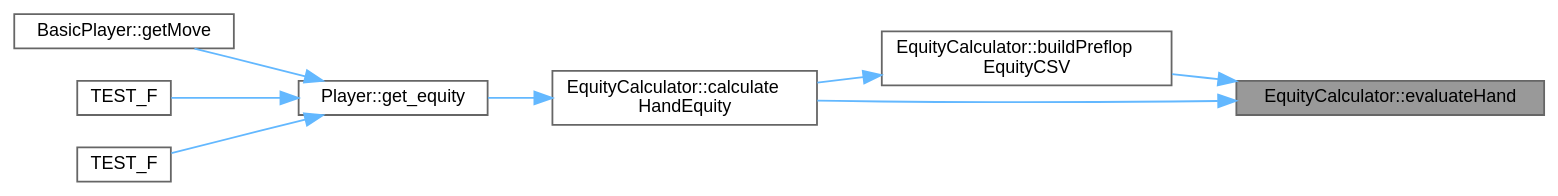
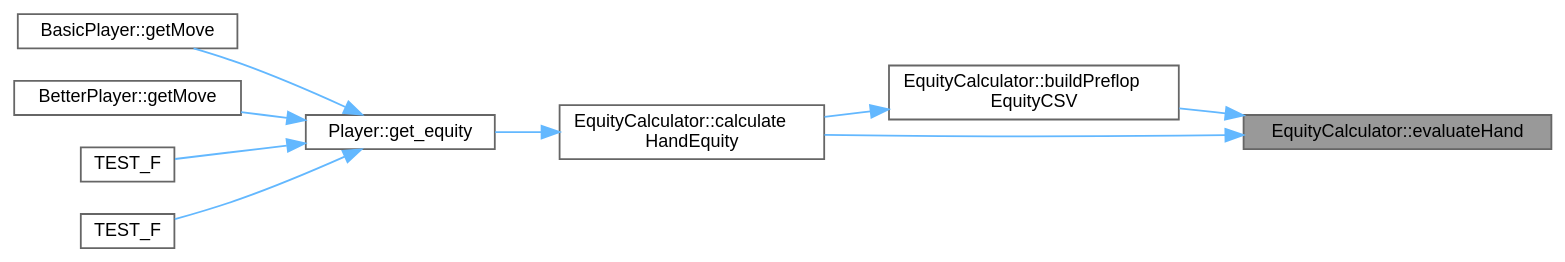
Before and after one commit to jesstyrrell/cosc345: the diagram in class_equity_calculator_af315dfcb578ab5889dab4bc970b1d597_icgraph.dot, drawn with Graphviz. The commit also changed 174 other files, not shown here.

```diff
--- a/class_equity_calculator_af315dfcb578ab5889dab4bc970b1d597_icgraph.dot
+++ b/class_equity_calculator_af315dfcb578ab5889dab4bc970b1d597_icgraph.dot
@@ -1,23 +1,25 @@
 digraph "EquityCalculator::evaluateHand"
 {
  // INTERACTIVE_SVG=YES
  // LATEX_PDF_SIZE
   bgcolor="transparent";
   edge [fontname=Helvetica,fontsize=10,labelfontname=Helvetica,labelfontsize=10];
   node [fontname=Helvetica,fontsize=10,shape=box,height=0.2,width=0.4];
   rankdir="RL";
   Node1 [id="Node000001",label="EquityCalculator::evaluateHand",height=0.2,width=0.4,color="gray40", fillcolor="grey60", style="filled", fontcolor="black",tooltip=" "];
   Node1 -> Node2 [id="edge1_Node000001_Node000002",dir="back",color="steelblue1",style="solid",tooltip=" "];
   Node2 [id="Node000002",label="EquityCalculator::buildPreflop\lEquityCSV",height=0.2,width=0.4,color="grey40", fillcolor="white", style="filled",URL="$class_equity_calculator.html#a5e6d58769d8554960b7434bef984cb28",tooltip=" "];
   Node2 -> Node3 [id="edge2_Node000002_Node000003",dir="back",color="steelblue1",style="solid",tooltip=" "];
   Node3 [id="Node000003",label="EquityCalculator::calculate\lHandEquity",height=0.2,width=0.4,color="grey40", fillcolor="white", style="filled",URL="$class_equity_calculator.html#a7538b1a4d83a396d16dc0673cb3eb619",tooltip="Evaluates the equity of a hand against multiple opponents."];
   Node3 -> Node4 [id="edge3_Node000003_Node000004",dir="back",color="steelblue1",style="solid",tooltip=" "];
   Node4 [id="Node000004",label="Player::get_equity",height=0.2,width=0.4,color="grey40", fillcolor="white", style="filled",URL="$class_player.html#ac40b5f5383aa1b6146a39c74f08254ad",tooltip="Returns the equity of the players hand for the current stage of the game."];
   Node4 -> Node5 [id="edge4_Node000004_Node000005",dir="back",color="steelblue1",style="solid",tooltip=" "];
-  Node5 [id="Node000005",label="BasicPlayer::getMove",height=0.2,width=0.4,color="grey40", fillcolor="white", style="filled",URL="$class_basic_player.html#ab77fd6eb15d997d705eb1f750b3ebd52",tooltip="Gets the player's move during their turn."];
+  Node5 [id="Node000005",label="BasicPlayer::getMove",height=0.2,width=0.4,color="grey40", fillcolor="white", style="filled",URL="$class_basic_player.html#a9c6ca42bec1e9936d98e9c210f6f08c4",tooltip="Gets the player's move during their turn."];
   Node4 -> Node6 [id="edge5_Node000004_Node000006",dir="back",color="steelblue1",style="solid",tooltip=" "];
-  Node6 [id="Node000006",label="TEST_F",height=0.2,width=0.4,color="grey40", fillcolor="white", style="filled",URL="$test___player_8cc.html#a58e6b1b83a0b3890240da45b9cfca22b",tooltip=" "];
+  Node6 [id="Node000006",label="BetterPlayer::getMove",height=0.2,width=0.4,color="grey40", fillcolor="white", style="filled",URL="$class_better_player.html#ac228cde696e45779a7270a4d0ca6a297",tooltip="Gets the player's move during their turn."];
   Node4 -> Node7 [id="edge6_Node000004_Node000007",dir="back",color="steelblue1",style="solid",tooltip=" "];
-  Node7 [id="Node000007",label="TEST_F",height=0.2,width=0.4,color="grey40", fillcolor="white", style="filled",URL="$test___player_8cc.html#ab159003d62d4815baca60d6e6394374e",tooltip=" "];
-  Node1 -> Node3 [id="edge7_Node000001_Node000003",dir="back",color="steelblue1",style="solid",tooltip=" "];
+  Node7 [id="Node000007",label="TEST_F",height=0.2,width=0.4,color="grey40", fillcolor="white", style="filled",URL="$test___player_8cc.html#a58e6b1b83a0b3890240da45b9cfca22b",tooltip=" "];
+  Node4 -> Node8 [id="edge7_Node000004_Node000008",dir="back",color="steelblue1",style="solid",tooltip=" "];
+  Node8 [id="Node000008",label="TEST_F",height=0.2,width=0.4,color="grey40", fillcolor="white", style="filled",URL="$test___player_8cc.html#ab159003d62d4815baca60d6e6394374e",tooltip=" "];
+  Node1 -> Node3 [id="edge8_Node000001_Node000003",dir="back",color="steelblue1",style="solid",tooltip=" "];
 }
```
